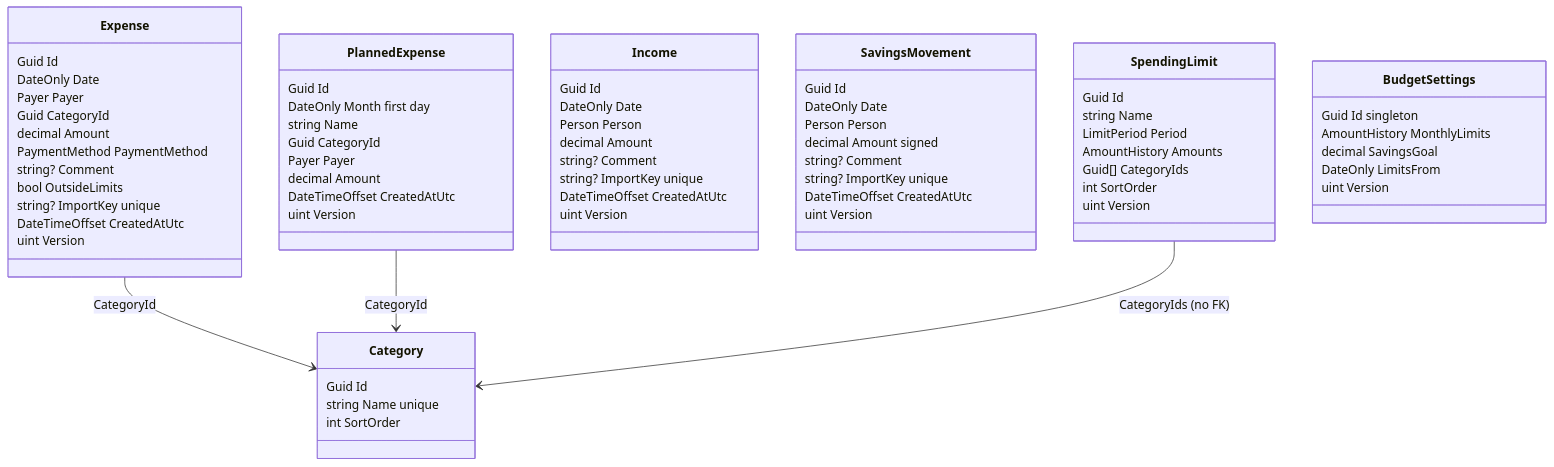
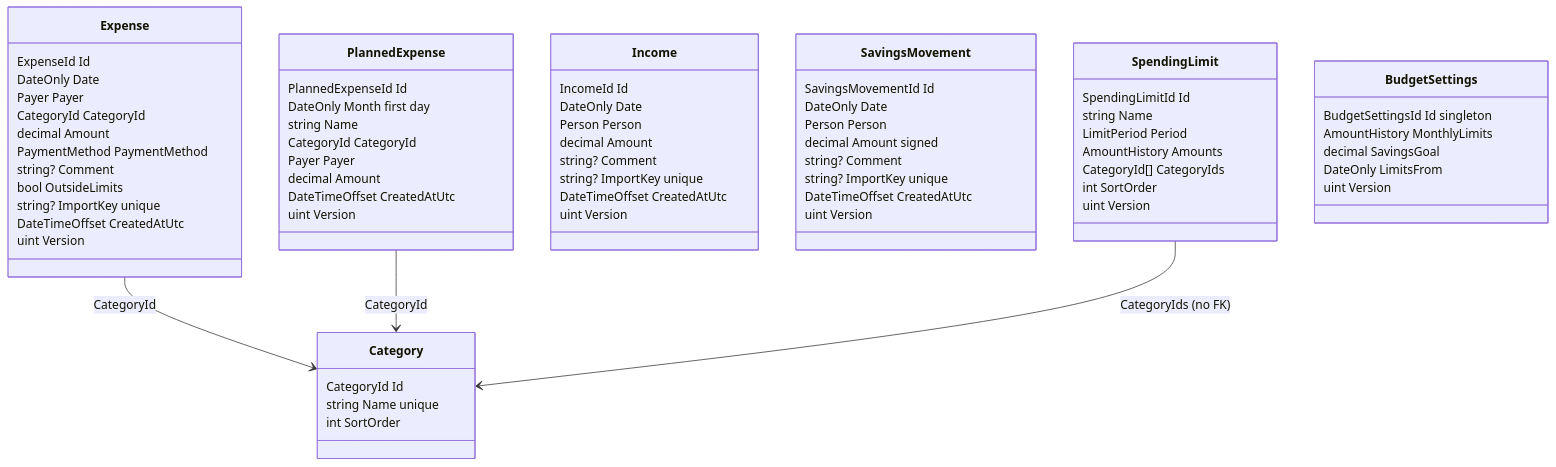
One commit to Weretik/home-app changed the diagram in api/docs/modules/expenses.md. Above: the diagram before and after it, drawn with Mermaid. The commit also changed other lines of this file and 219 other files, not shown here.

````diff
--- a/api/docs/modules/expenses.md
+++ b/api/docs/modules/expenses.md
@@ -26,70 +26,70 @@
 ```mermaid
 classDiagram
     class Category {
-        Guid Id
+        CategoryId Id
         string Name  unique
         int SortOrder
     }
     class Expense {
-        Guid Id
+        ExpenseId Id
         DateOnly Date
         Payer Payer
-        Guid CategoryId
+        CategoryId CategoryId
         decimal Amount
         PaymentMethod PaymentMethod
         string? Comment
         bool OutsideLimits
         string? ImportKey  unique
         DateTimeOffset CreatedAtUtc
         uint Version
     }
     class PlannedExpense {
-        Guid Id
+        PlannedExpenseId Id
         DateOnly Month  first day
         string Name
-        Guid CategoryId
+        CategoryId CategoryId
         Payer Payer
         decimal Amount
         DateTimeOffset CreatedAtUtc
         uint Version
     }
     class Income {
-        Guid Id
+        IncomeId Id
         DateOnly Date
         Person Person
         decimal Amount
         string? Comment
         string? ImportKey  unique
         DateTimeOffset CreatedAtUtc
         uint Version
     }
     class SavingsMovement {
-        Guid Id
+        SavingsMovementId Id
         DateOnly Date
         Person Person
         decimal Amount  signed
         string? Comment
         string? ImportKey  unique
         DateTimeOffset CreatedAtUtc
         uint Version
     }
     class SpendingLimit {
-        Guid Id
+        SpendingLimitId Id
         string Name
         LimitPeriod Period
         AmountHistory Amounts
-        Guid[] CategoryIds
+        CategoryId[] CategoryIds
         int SortOrder
         uint Version
     }
     class BudgetSettings {
-        Guid Id  singleton
+        BudgetSettingsId Id  singleton
         AmountHistory MonthlyLimits
         decimal SavingsGoal
         DateOnly LimitsFrom
         uint Version
     }
     Expense --> Category : CategoryId
     PlannedExpense --> Category : CategoryId
     SpendingLimit --> Category : CategoryIds (no FK)
 ```
````
